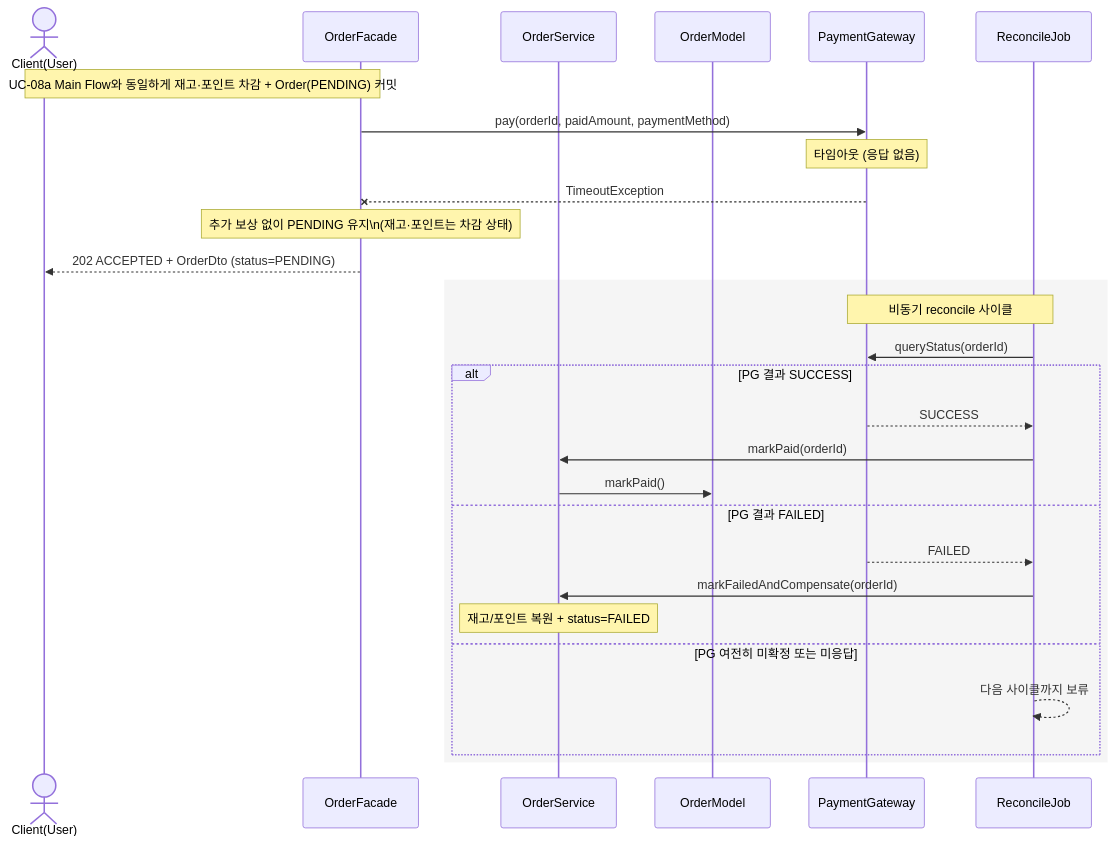
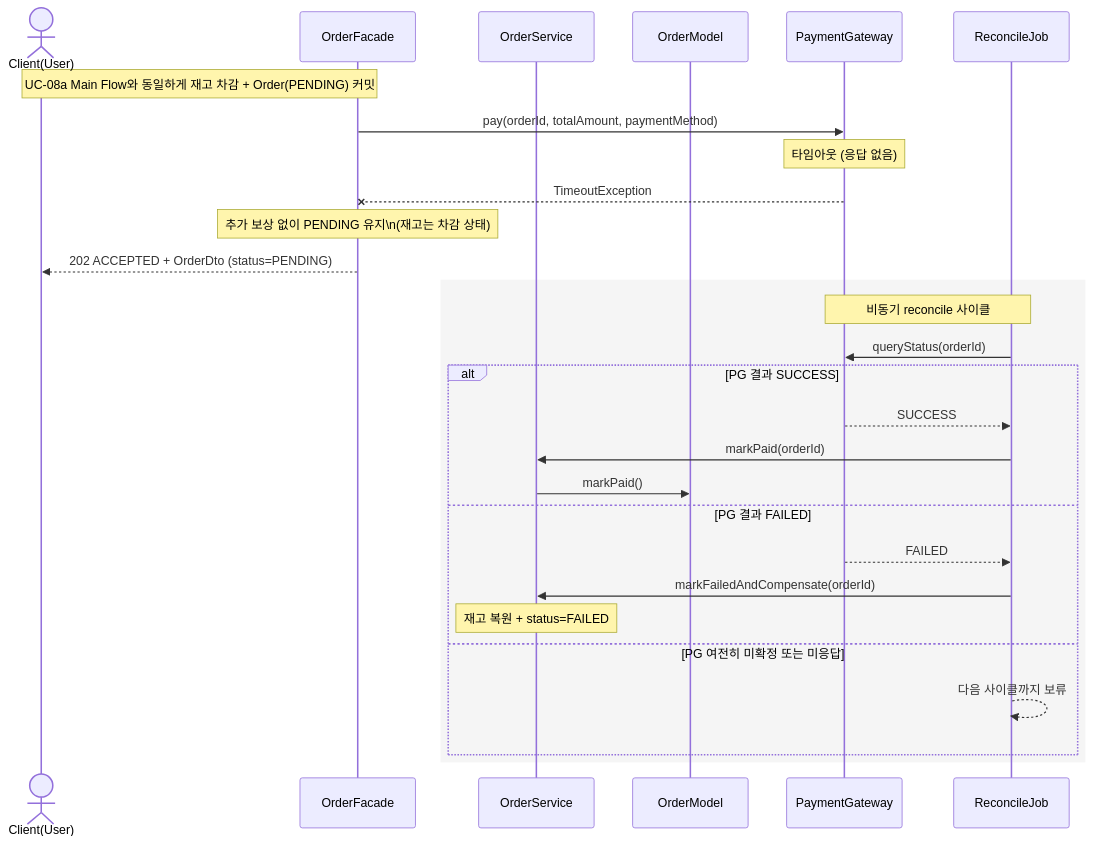
One commit to loopers-labs/loop-pack-be-l2-vol4-java changed the tenth of 14 diagrams in docs/week2/02-sequence-diagrams.md. Above: the diagram before and after it, drawn with Mermaid. The commit also changed other lines of this file and 3 other files, not shown here.

Commit message:
docs: 클래스 다이어그램 추가 및 erd 추가

````diff
--- a/docs/week2/02-sequence-diagrams.md
+++ b/docs/week2/02-sequence-diagrams.md
@@ -426,34 +411,34 @@
 ```mermaid
 sequenceDiagram
     actor C as Client(User)
     participant Fac as OrderFacade
     participant OSvc as OrderService
     participant O as OrderModel
     participant PG as PaymentGateway
     participant Recon as ReconcileJob
 
-    Note over C,Fac: UC-08a Main Flow와 동일하게 재고·포인트 차감 + Order(PENDING) 커밋
+    Note over C,Fac: UC-08a Main Flow와 동일하게 재고 차감 + Order(PENDING) 커밋
 
-    Fac->>PG: pay(orderId, paidAmount, paymentMethod)
+    Fac->>PG: pay(orderId, totalAmount, paymentMethod)
     Note over PG: 타임아웃 (응답 없음)
     PG--xFac: TimeoutException
 
-    Note over Fac: 추가 보상 없이 PENDING 유지\n(재고·포인트는 차감 상태)
+    Note over Fac: 추가 보상 없이 PENDING 유지\n(재고는 차감 상태)
     Fac-->>C: 202 ACCEPTED + OrderDto (status=PENDING)
 
     rect rgb(245, 245, 245)
         Note over Recon,PG: 비동기 reconcile 사이클
         Recon->>PG: queryStatus(orderId)
         alt PG 결과 SUCCESS
             PG-->>Recon: SUCCESS
             Recon->>OSvc: markPaid(orderId)
             OSvc->>O: markPaid()
         else PG 결과 FAILED
             PG-->>Recon: FAILED
             Recon->>OSvc: markFailedAndCompensate(orderId)
-            Note over OSvc: 재고/포인트 복원 + status=FAILED
+            Note over OSvc: 재고 복원 + status=FAILED
         else PG 여전히 미확정 또는 미응답
             Recon-->>Recon: 다음 사이클까지 보류
         end
     end
 ```
````
